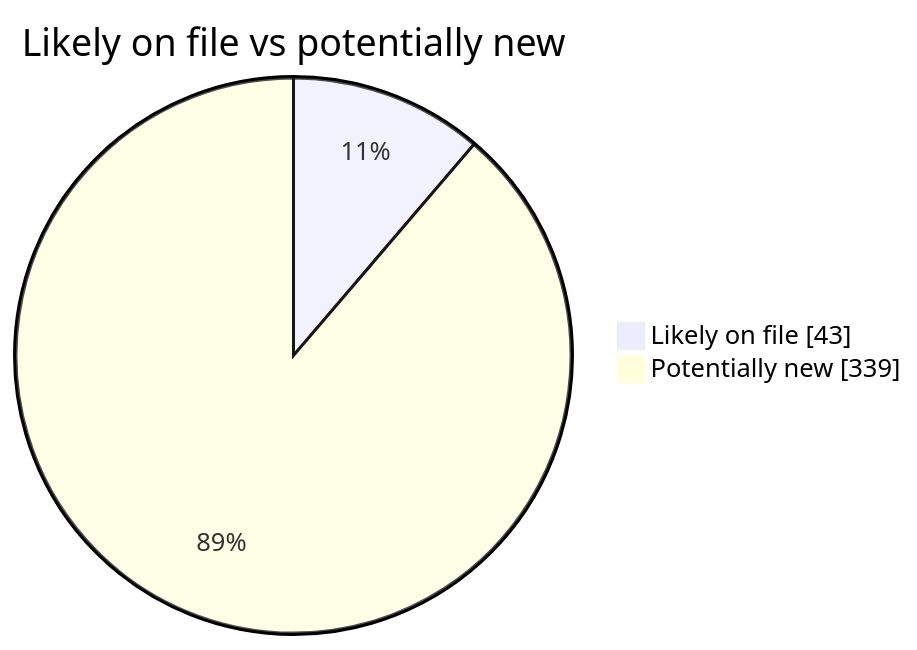
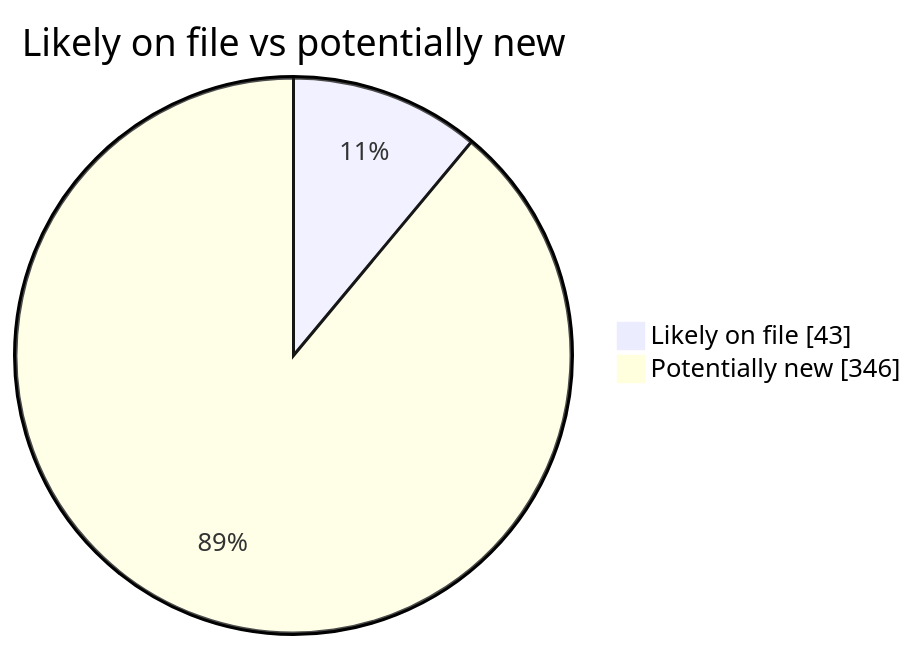
The second of 4 diagrams in README.md (martinbalfanz/social-scanner-reports), drawn with Mermaid before and after one commit. The commit also changed other lines of this file and 4 other files, not shown here.

````diff
--- a/README.md
+++ b/README.md
@@ -40,5 +40,5 @@
 ```mermaid
 pie showData title Likely on file vs potentially new
     "Likely on file" : 43
-    "Potentially new" : 339
+    "Potentially new" : 346
 ```
````
